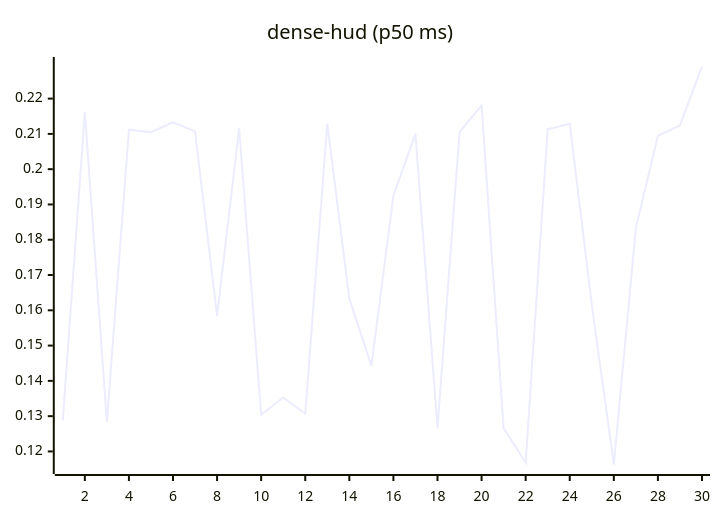
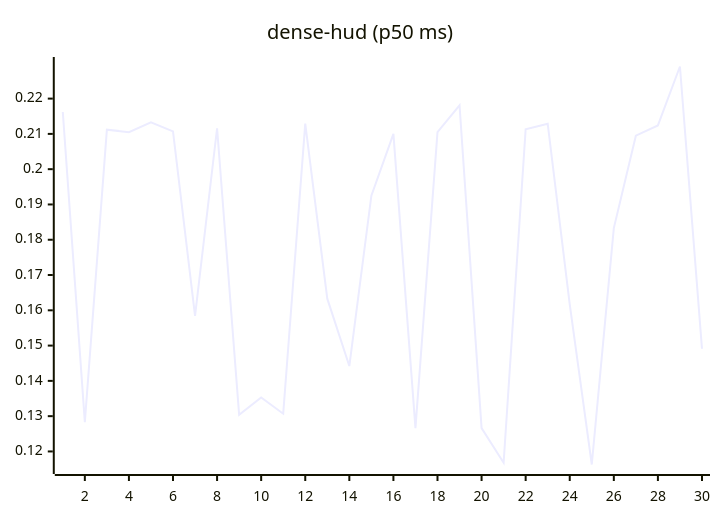
The eighth of 27 diagrams in README.md (josha/Facet), drawn with Mermaid before and after one commit. The commit also changed other lines of this file and 2 other files, not shown here.

````diff
--- a/README.md
+++ b/README.md
@@ -112,6 +112,6 @@
 ```mermaid
 xychart-beta
     title "dense-hud (p50 ms)"
     x-axis 1 --> 30
-    line [0.1288, 0.2162, 0.1283, 0.2112, 0.2105, 0.2133, 0.2107, 0.1584, 0.2116, 0.1304, 0.1353, 0.1307, 0.2129, 0.1633, 0.1442, 0.1925, 0.2100, 0.1266, 0.2105, 0.2181, 0.1266, 0.1168, 0.2113, 0.2129, 0.1617, 0.1163, 0.1833, 0.2095, 0.2124, 0.2291]
+    line [0.2162, 0.1283, 0.2112, 0.2105, 0.2133, 0.2107, 0.1584, 0.2116, 0.1304, 0.1353, 0.1307, 0.2129, 0.1633, 0.1442, 0.1925, 0.2100, 0.1266, 0.2105, 0.2181, 0.1266, 0.1168, 0.2113, 0.2129, 0.1617, 0.1163, 0.1833, 0.2095, 0.2124, 0.2291, 0.1491]
 ```
````
